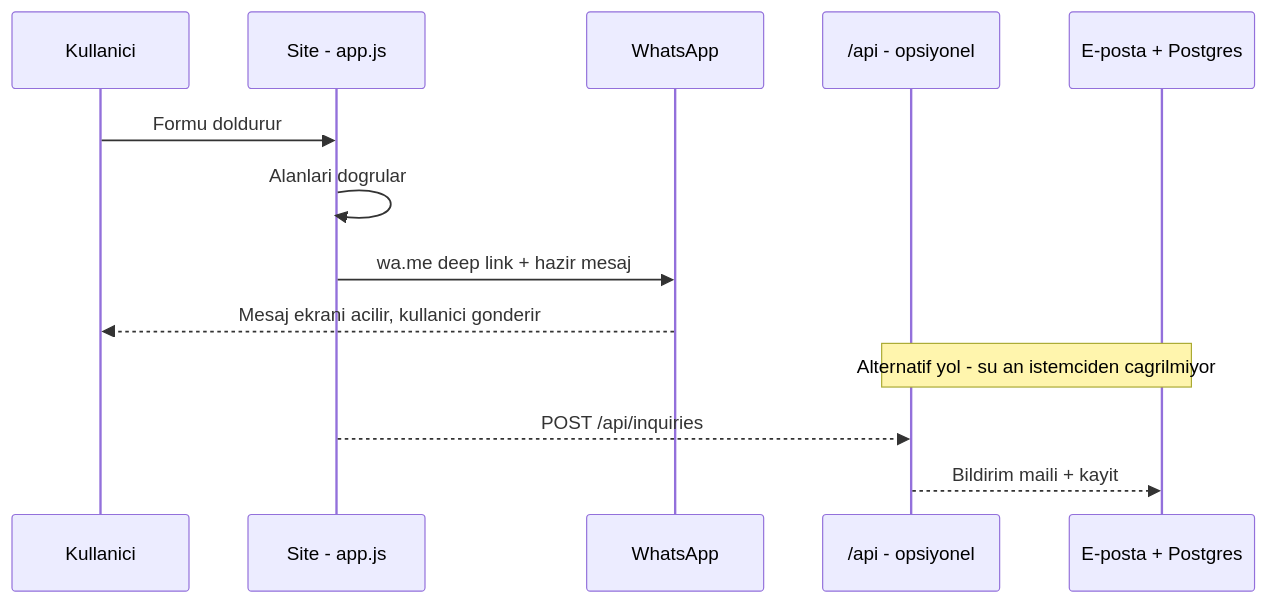
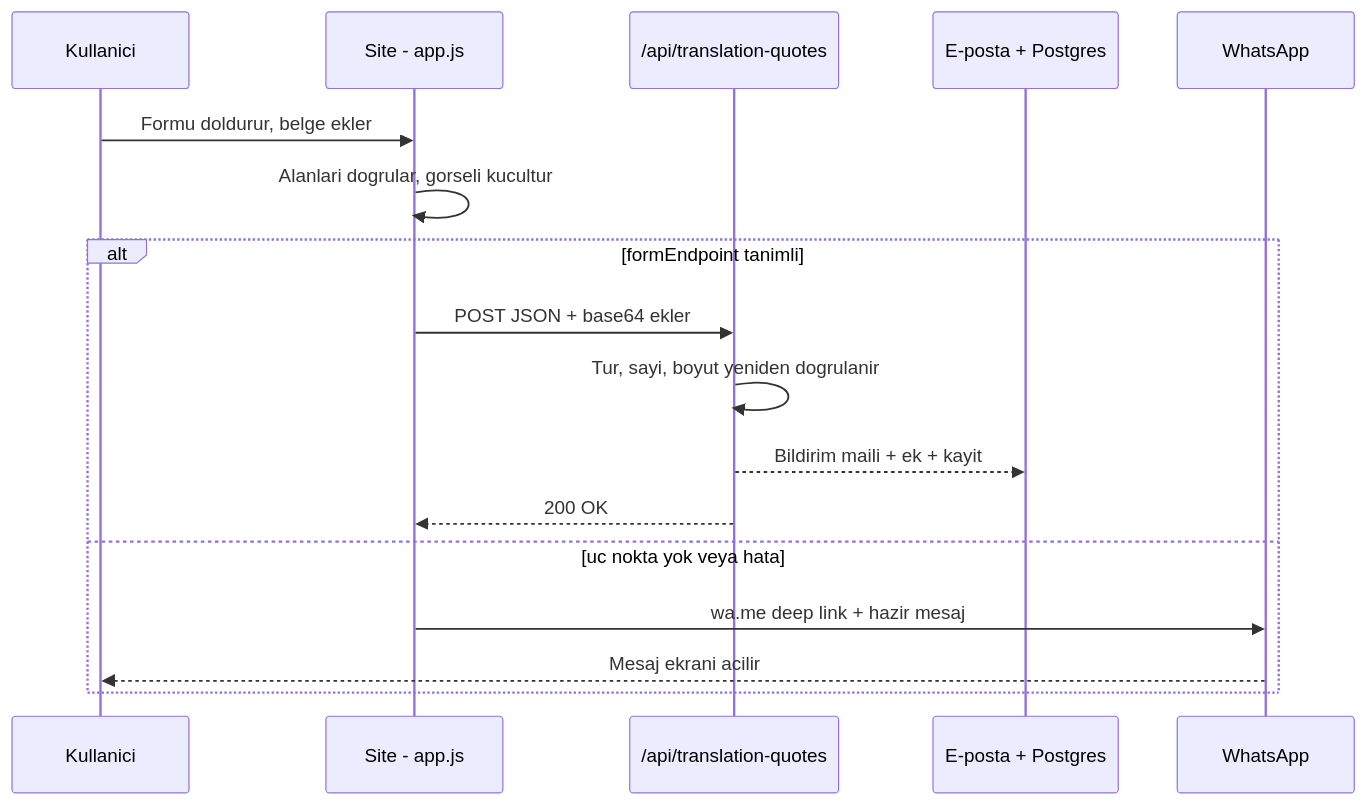
One commit to erdemalbayrak28/tercume-bahce changed the second of 2 diagrams in README.md. Above: the diagram before and after it, drawn with Mermaid. The commit also changed other lines of this file and 38 other files, not shown here.

````diff
--- a/README.md
+++ b/README.md
@@ -56,16 +65,20 @@
 ```mermaid
 sequenceDiagram
     participant K as Kullanici
     participant S as Site - app.js
+    participant A as /api/translation-quotes
+    participant E as E-posta + Postgres
     participant W as WhatsApp
-    participant A as /api - opsiyonel
-    participant E as E-posta + Postgres
 
-    K->>S: Formu doldurur
-    S->>S: Alanlari dogrular
-    S->>W: wa.me deep link + hazir mesaj
-    W-->>K: Mesaj ekrani acilir, kullanici gonderir
-    Note over A,E: Alternatif yol - su an istemciden cagrilmiyor
-    S-->>A: POST /api/inquiries
-    A-->>E: Bildirim maili + kayit
+    K->>S: Formu doldurur, belge ekler
+    S->>S: Alanlari dogrular, gorseli kucultur
+    alt formEndpoint tanimli
+        S->>A: POST JSON + base64 ekler
+        A->>A: Tur, sayi, boyut yeniden dogrulanir
+        A-->>E: Bildirim maili + ek + kayit
+        A-->>S: 200 OK
+    else uc nokta yok veya hata
+        S->>W: wa.me deep link + hazir mesaj
+        W-->>K: Mesaj ekrani acilir
+    end
 ```
````
